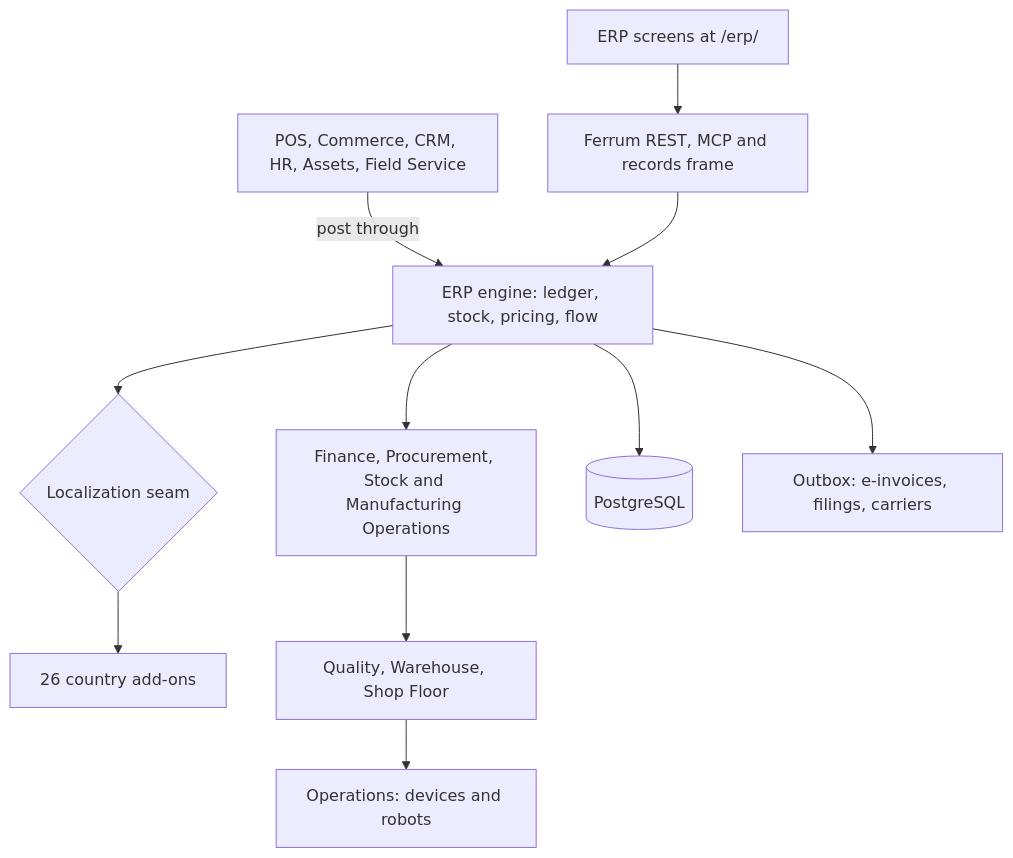
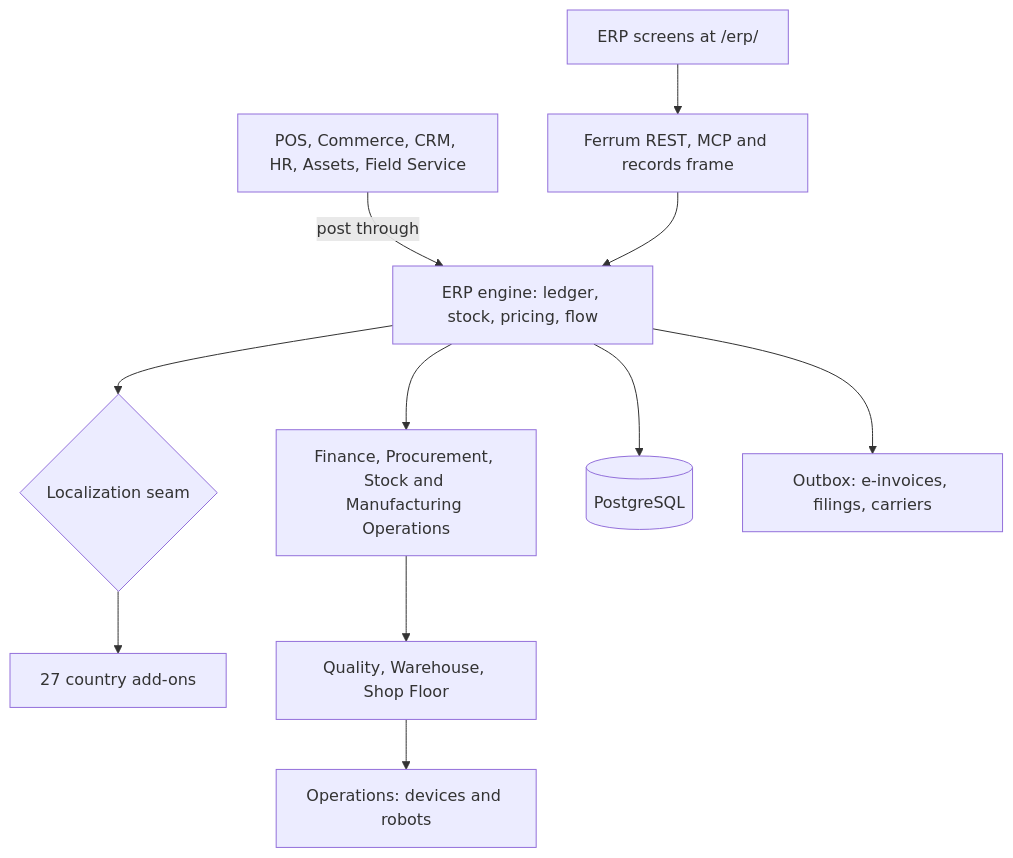
Before and after one commit to CBFerrum/ferrum-app-erp: the second of 2 diagrams in README.md, drawn with Mermaid. The commit also changed other lines of this file and 24 other files, not shown here.

````diff
--- a/README.md
+++ b/README.md
@@ -659,13 +660,13 @@
 ```mermaid
 flowchart TD
     APPS["POS, Commerce, CRM, HR, Assets, Field Service"] -->|post through| ENG["ERP engine: ledger, stock, pricing, flow"]
     UI["ERP screens at /erp/"] --> API["Ferrum REST, MCP and records frame"]
     API --> ENG
     ENG --> SEAM{"Localization seam"}
-    SEAM --> CTRY["26 country add-ons"]
+    SEAM --> CTRY["27 country add-ons"]
     ENG --> ADD["Finance, Procurement, Stock and Manufacturing Operations"]
     ADD --> EXEC["Quality, Warehouse, Shop Floor"]
     EXEC --> OPS["Operations: devices and robots"]
     ENG --> DB[("PostgreSQL")]
     ENG --> OUT["Outbox: e-invoices, filings, carriers"]
 ```
````
